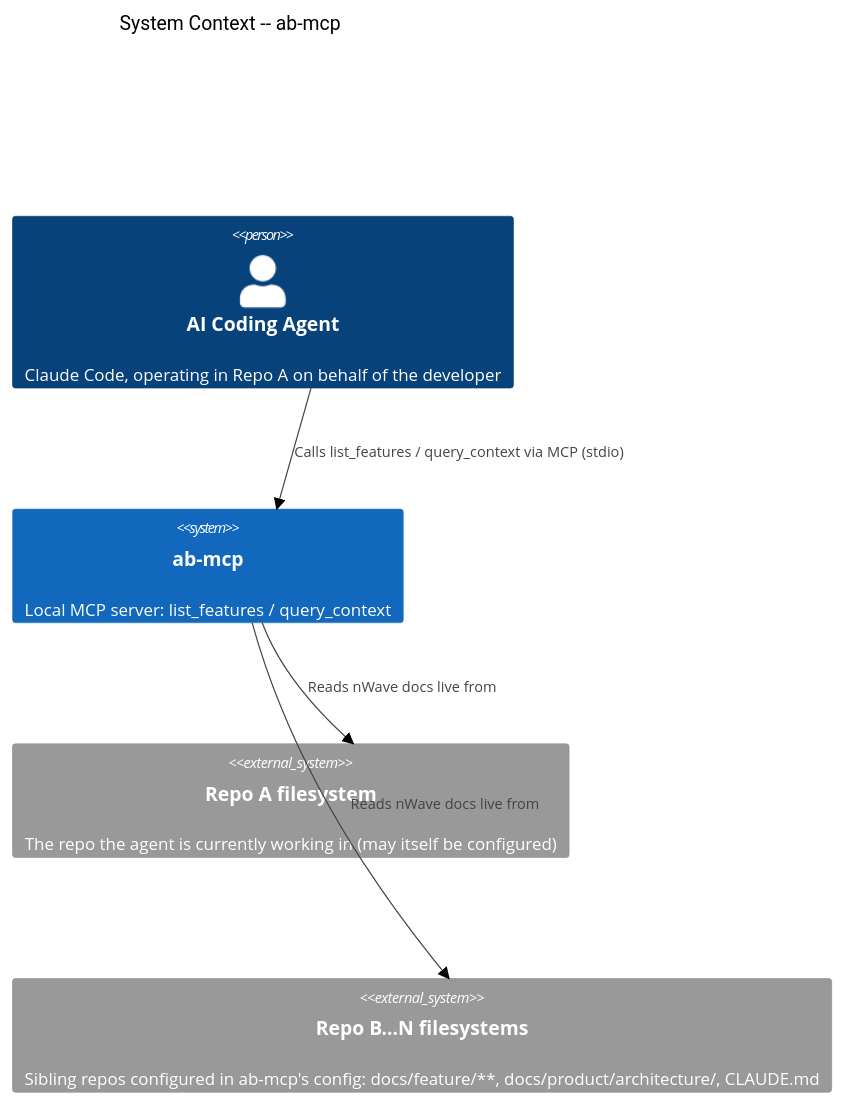
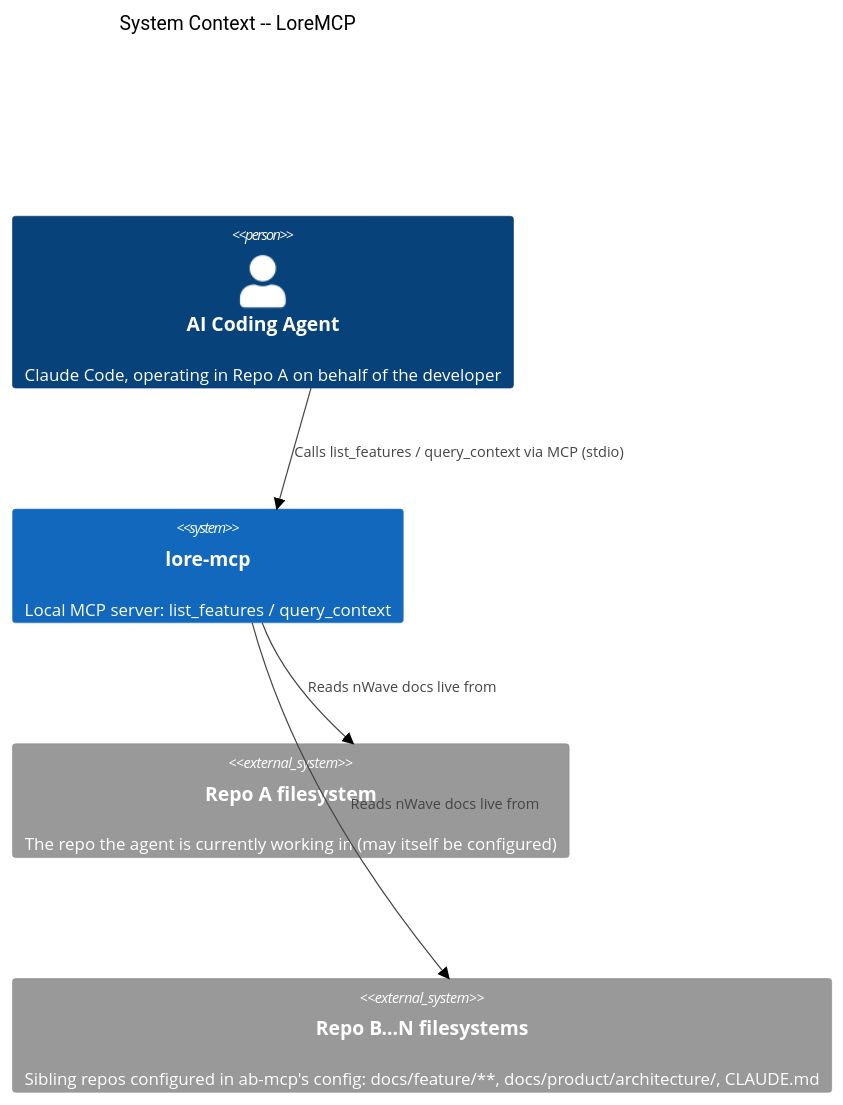
Before and after one commit to Koed00/LoreMCP: the first of 2 diagrams in docs/product/architecture/brief.md, drawn with Mermaid (forest theme). The commit also changed other lines of this file and 16 other files, not shown here.

First line of the commit message:
chore: rename product from ab-mcp to LoreMCP

````diff
--- a/docs/product/architecture/brief.md
+++ b/docs/product/architecture/brief.md
@@ -158,13 +158,13 @@
 ```mermaid
 C4Context
-  title System Context -- ab-mcp
+  title System Context -- LoreMCP
 
   Person(agent, "AI Coding Agent", "Claude Code, operating in Repo A on behalf of the developer")
-  System(abmcp, "ab-mcp", "Local MCP server: list_features / query_context")
+  System(abmcp, "lore-mcp", "Local MCP server: list_features / query_context")
   System_Ext(repoA, "Repo A filesystem", "The repo the agent is currently working in (may itself be configured)")
   System_Ext(repoB, "Repo B...N filesystems", "Sibling repos configured in ab-mcp's config: docs/feature/**, docs/product/architecture/, CLAUDE.md")
 
   Rel(agent, abmcp, "Calls list_features / query_context via MCP (stdio)")
   Rel(abmcp, repoA, "Reads nWave docs live from")
   Rel(abmcp, repoB, "Reads nWave docs live from")
 ```
````
